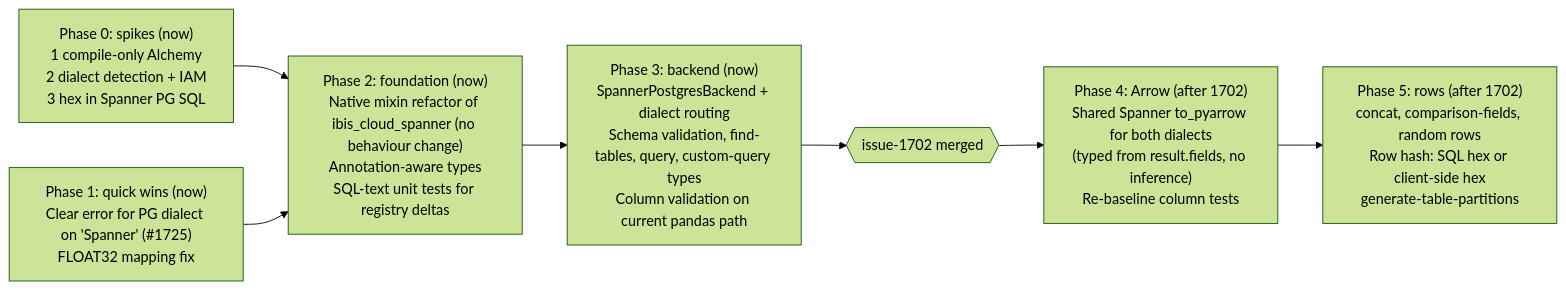
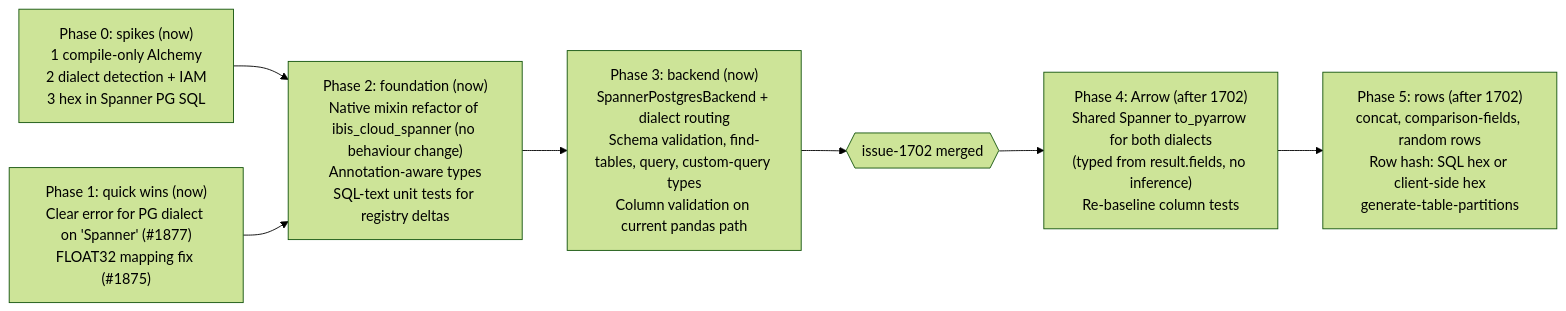
One commit to GoogleCloudPlatform/professional-services-data-validator changed the third of 3 diagrams in docs/internal/design_docs/spanner_postgres_dialect_plan.md. Above: the diagram before and after it, drawn with Mermaid (forest theme). The commit also changed other lines of this file, not shown here.

Commit message:
docs: Add Spanner/PostgreSQL dialect implementation plan

````diff
--- a/docs/internal/design_docs/spanner_postgres_dialect_plan.md
+++ b/docs/internal/design_docs/spanner_postgres_dialect_plan.md
@@ -182,13 +192,13 @@
 ```mermaid
 flowchart LR
   S["Phase 0: spikes (now)<br/>1 compile-only Alchemy<br/>2 dialect detection + IAM<br/>3 hex in Spanner PG SQL"]
-  Q["Phase 1: quick wins (now)<br/>Clear error for PG dialect on 'Spanner' (#1725)<br/>FLOAT32 mapping fix"]
+  Q["Phase 1: quick wins (now)<br/>Clear error for PG dialect on 'Spanner' (#1877)<br/>FLOAT32 mapping fix (#1875)"]
   F["Phase 2: foundation (now)<br/>Native mixin refactor of ibis_cloud_spanner (no behaviour change)<br/>Annotation-aware types<br/>SQL-text unit tests for registry deltas"]
   B["Phase 3: backend (now)<br/>SpannerPostgresBackend + dialect routing<br/>Schema validation, find-tables, query, custom-query types<br/>Column validation on current pandas path"]
   M{{"issue-1702 merged"}}
   A["Phase 4: Arrow (after 1702)<br/>Shared Spanner to_pyarrow for both dialects<br/>(typed from result.fields, no inference)<br/>Re-baseline column tests"]
   R["Phase 5: rows (after 1702)<br/>concat, comparison-fields, random rows<br/>Row hash: SQL hex or client-side hex<br/>generate-table-partitions"]
   S --> F
   Q --> F
   F --> B --> M --> A --> R
 ```
````
